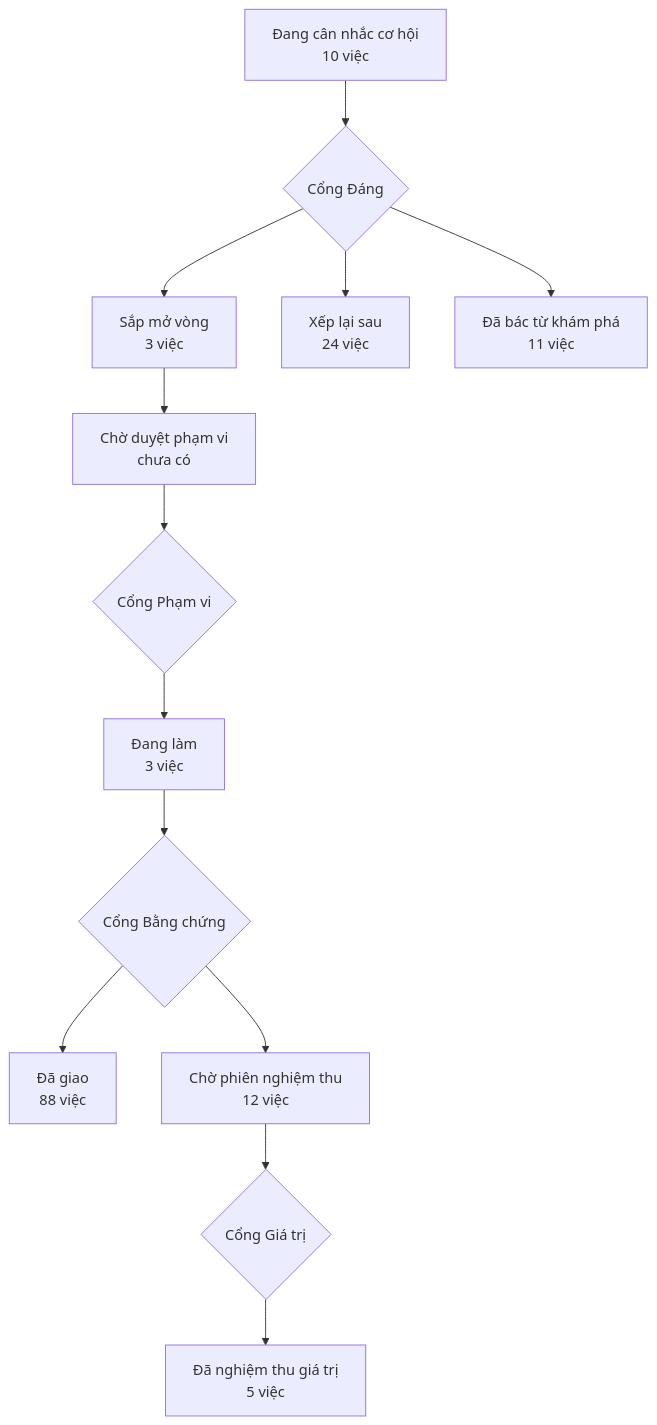
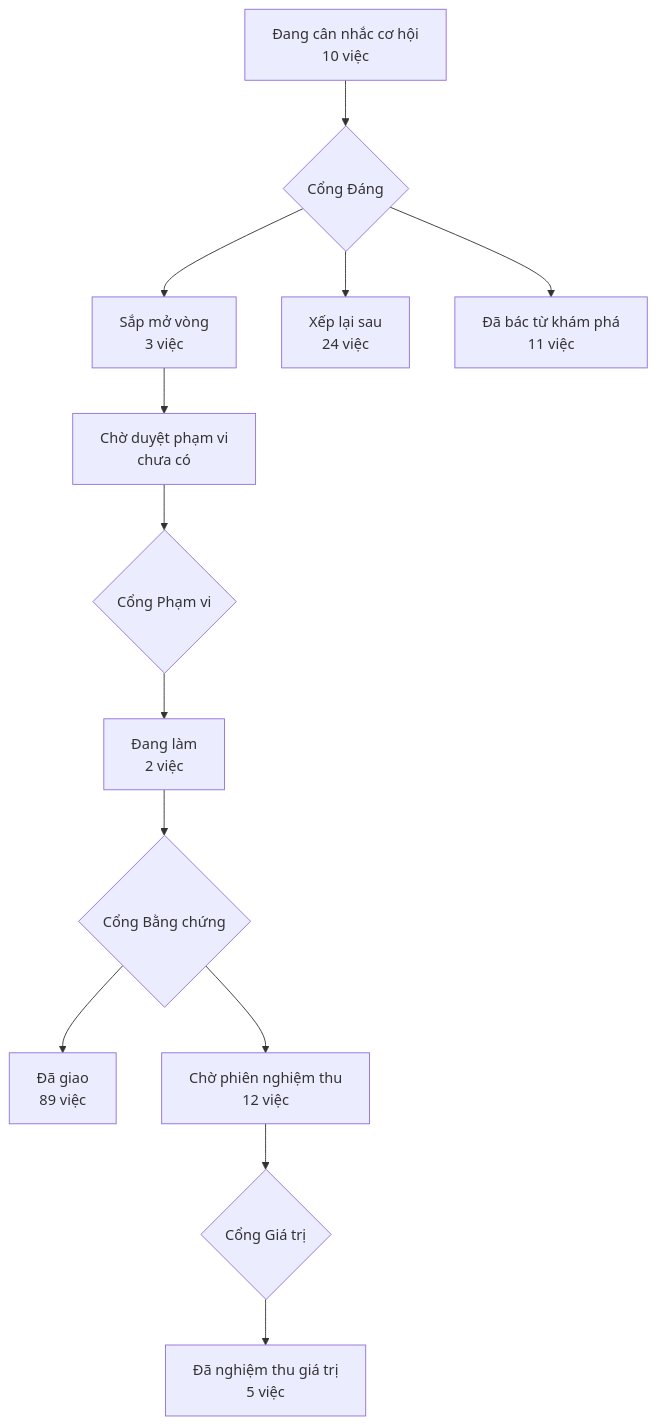
Before and after one commit to phanlemanh/acceptance-gate-kit: the diagram in PRODUCT-MAP.md, drawn with Mermaid. The commit also changed 5 other files, not shown here.

````diff
--- a/PRODUCT-MAP.md
+++ b/PRODUCT-MAP.md
@@ -6,12 +6,12 @@
 ```mermaid
 flowchart TD
   A["Đang cân nhắc cơ hội<br/>10 việc"] --> GD{"Cổng Đáng"}
   GD --> B["Sắp mở vòng<br/>3 việc"]
   GD --> XL["Xếp lại sau<br/>24 việc"]
   GD --> DB["Đã bác từ khám phá<br/>11 việc"]
   B --> CD["Chờ duyệt phạm vi<br/>chưa có"] --> GP{"Cổng Phạm vi"}
-  GP --> DL["Đang làm<br/>3 việc"] --> GB{"Cổng Bằng chứng"}
-  GB --> DG["Đã giao<br/>88 việc"]
+  GP --> DL["Đang làm<br/>2 việc"] --> GB{"Cổng Bằng chứng"}
+  GB --> DG["Đã giao<br/>89 việc"]
   GB --> CN["Chờ phiên nghiệm thu<br/>12 việc"] --> GG{"Cổng Giá trị"}
   GG --> NT["Đã nghiệm thu giá trị<br/>5 việc"]
 ```
````
